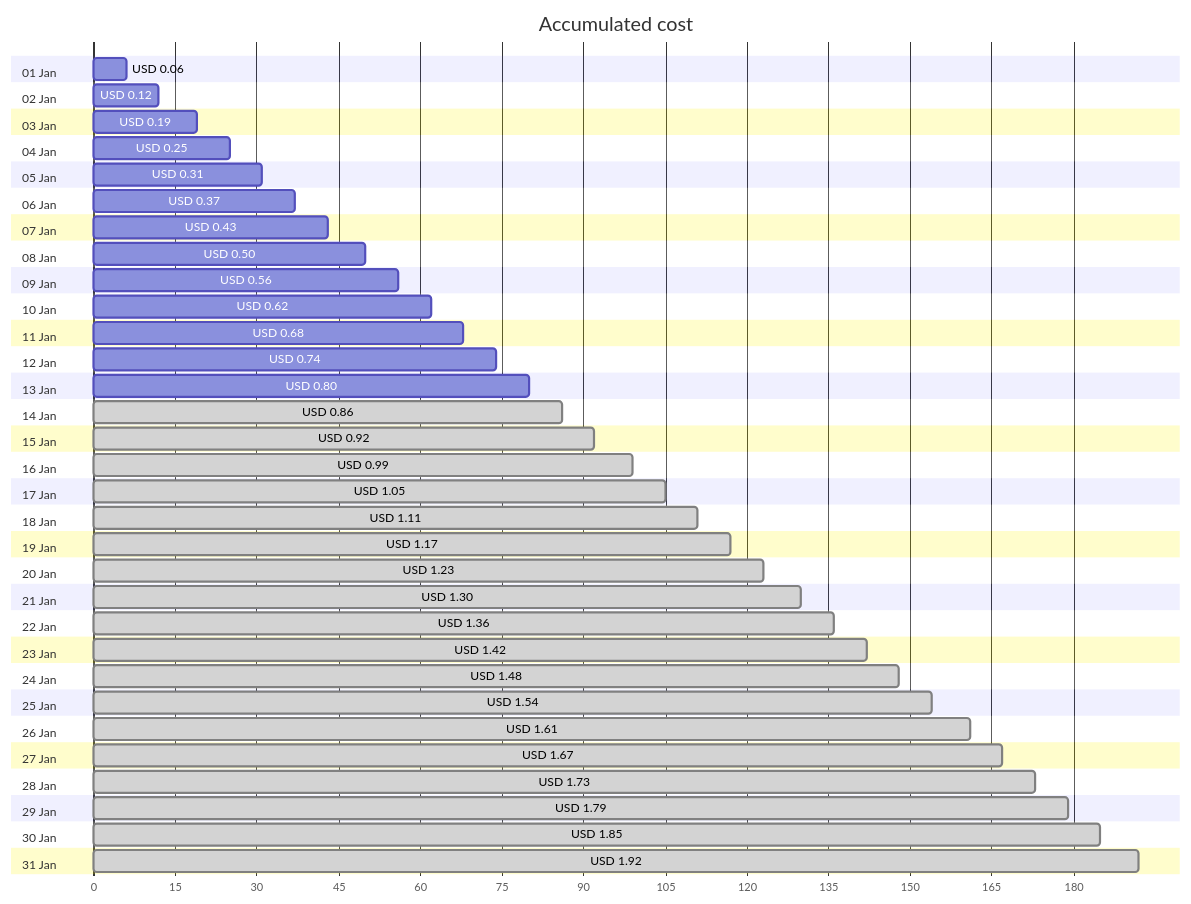
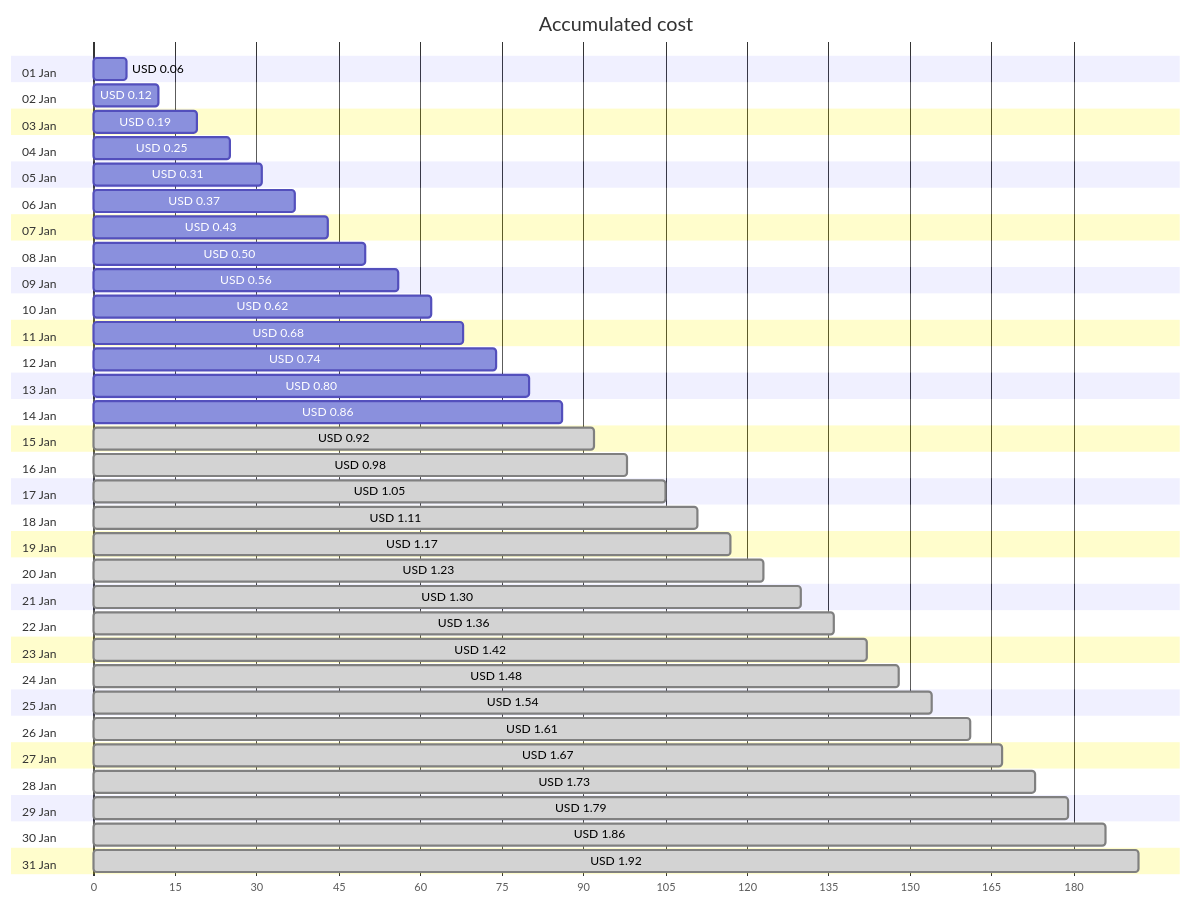
One commit to jpfulton/azure-personal-reports changed the first of 4 diagrams in cost-reports/personal-network/backup-server_OsDisk.md. Above: the diagram before and after it, drawn with Mermaid. The commit also changed other lines of this file and 8 other files, not shown here.

````diff
--- a/cost-reports/personal-network/backup-server_OsDisk.md
+++ b/cost-reports/personal-network/backup-server_OsDisk.md
@@ -20,68 +20,68 @@
 ```mermaid
 gantt
    title Accumulated cost
    dateFormat  X
    axisFormat %s
    section 01 Jan
    USD 0.06 :0, 6
    section 02 Jan
    USD 0.12 :0, 12
    section 03 Jan
    USD 0.19 :0, 19
    section 04 Jan
    USD 0.25 :0, 25
    section 05 Jan
    USD 0.31 :0, 31
    section 06 Jan
    USD 0.37 :0, 37
    section 07 Jan
    USD 0.43 :0, 43
    section 08 Jan
    USD 0.50 :0, 50
    section 09 Jan
    USD 0.56 :0, 56
    section 10 Jan
    USD 0.62 :0, 62
    section 11 Jan
    USD 0.68 :0, 68
    section 12 Jan
    USD 0.74 :0, 74
    section 13 Jan
    USD 0.80 :0, 80
    section 14 Jan
-   USD 0.86 : done, 0, 86
+   USD 0.86 :0, 86
    section 15 Jan
    USD 0.92 : done, 0, 92
    section 16 Jan
-   USD 0.99 : done, 0, 99
+   USD 0.98 : done, 0, 98
    section 17 Jan
    USD 1.05 : done, 0, 105
    section 18 Jan
    USD 1.11 : done, 0, 111
    section 19 Jan
    USD 1.17 : done, 0, 117
    section 20 Jan
    USD 1.23 : done, 0, 123
    section 21 Jan
    USD 1.30 : done, 0, 130
    section 22 Jan
    USD 1.36 : done, 0, 136
    section 23 Jan
    USD 1.42 : done, 0, 142
    section 24 Jan
    USD 1.48 : done, 0, 148
    section 25 Jan
    USD 1.54 : done, 0, 154
    section 26 Jan
    USD 1.61 : done, 0, 161
    section 27 Jan
    USD 1.67 : done, 0, 167
    section 28 Jan
    USD 1.73 : done, 0, 173
    section 29 Jan
    USD 1.79 : done, 0, 179
    section 30 Jan
-   USD 1.85 : done, 0, 185
+   USD 1.86 : done, 0, 186
    section 31 Jan
    USD 1.92 : done, 0, 192
 ```
````
